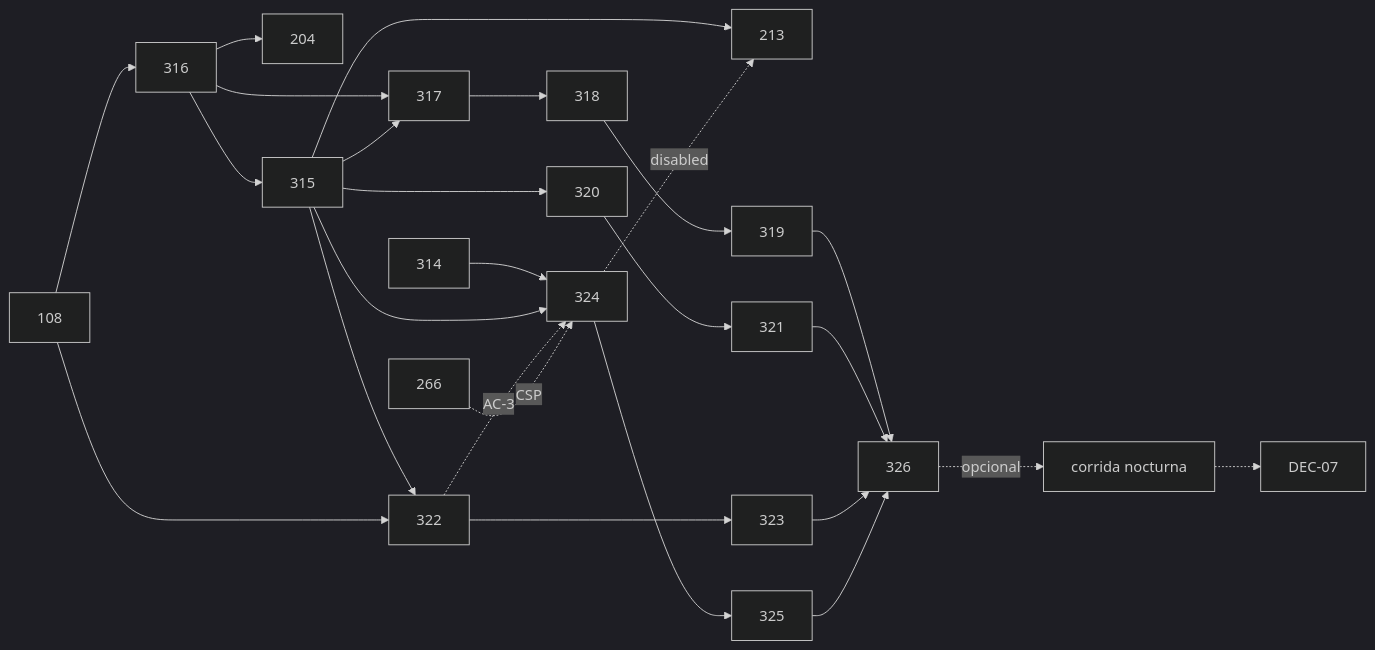
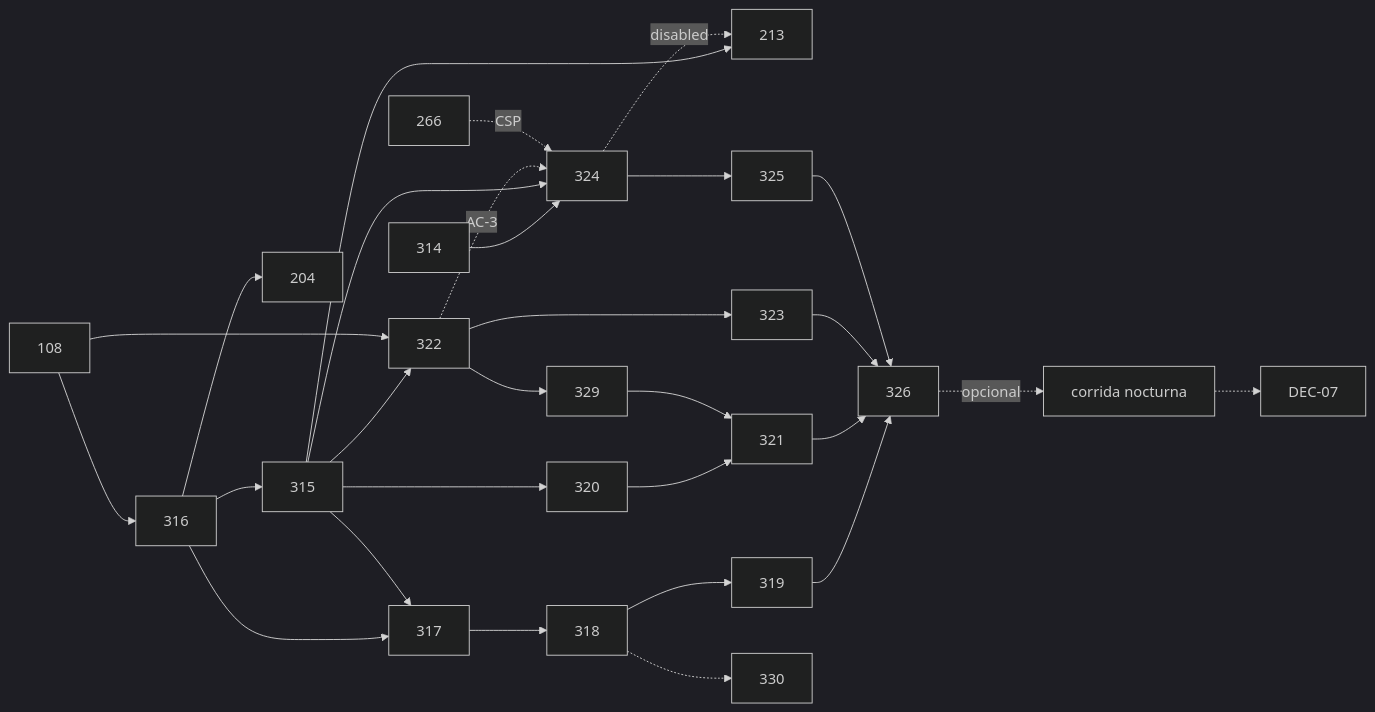
The diagram in backlog/sprints/S6-plan.md (hatrickmario/OncoLens-Lab), drawn with Mermaid (dark theme) before and after one commit. The commit also changed other lines of this file and 5 other files, not shown here.

````diff
--- a/backlog/sprints/S6-plan.md
+++ b/backlog/sprints/S6-plan.md
@@ -62,20 +64,22 @@
 ```mermaid
 flowchart LR
   108 --> 316 --> 315 --> 320 --> 321
   316 --> 317 --> 318 --> 319
   315 --> 317
   316 --> 204
   315 --> 322 --> 323
+  322 --> 329 --> 321
+  318 -.-> 330
   108 --> 322
   315 --> 213
   314 --> 324 --> 325
   315 --> 324
   322 -.AC-3.-> 324
   266 -.CSP.-> 324
   324 -.disabled.-> 213
   319 --> 326
   321 --> 326
   323 --> 326
   325 --> 326
   326 -.opcional.-> N[corrida nocturna] -.-> D07[DEC-07]
 ```
````
